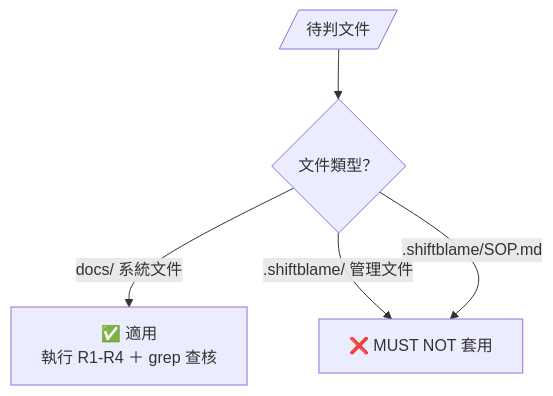
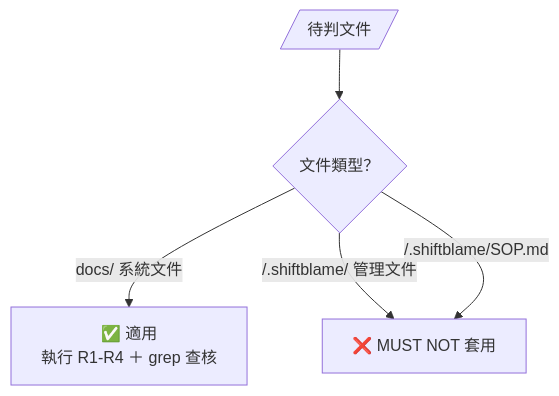
One commit to teps3105/shiftblame changed the first of 2 diagrams in skills/shiftblame/assets/DOCS.md. Above: the diagram before and after it, drawn with Mermaid. The commit also changed other lines of this file and 31 other files, not shown here.

````diff
--- a/skills/shiftblame/assets/DOCS.md
+++ b/skills/shiftblame/assets/DOCS.md
@@ -11,7 +11,7 @@
 ```mermaid
 flowchart TD
     File[/待判文件/] --> Type{文件類型？}
     Type -- "docs/ 系統文件" --> Apply["✅ 適用<br/>執行 R1-R4 ＋ grep 查核"]
-    Type -- ".shiftblame/ 管理文件" --> NoApply["❌ MUST NOT 套用"]
-    Type -- ".shiftblame/SOP.md" --> NoApply
+    Type -- "<repo>/.shiftblame/ 管理文件" --> NoApply["❌ MUST NOT 套用"]
+    Type -- "<repo>/.shiftblame/SOP.md" --> NoApply
 ```
````
